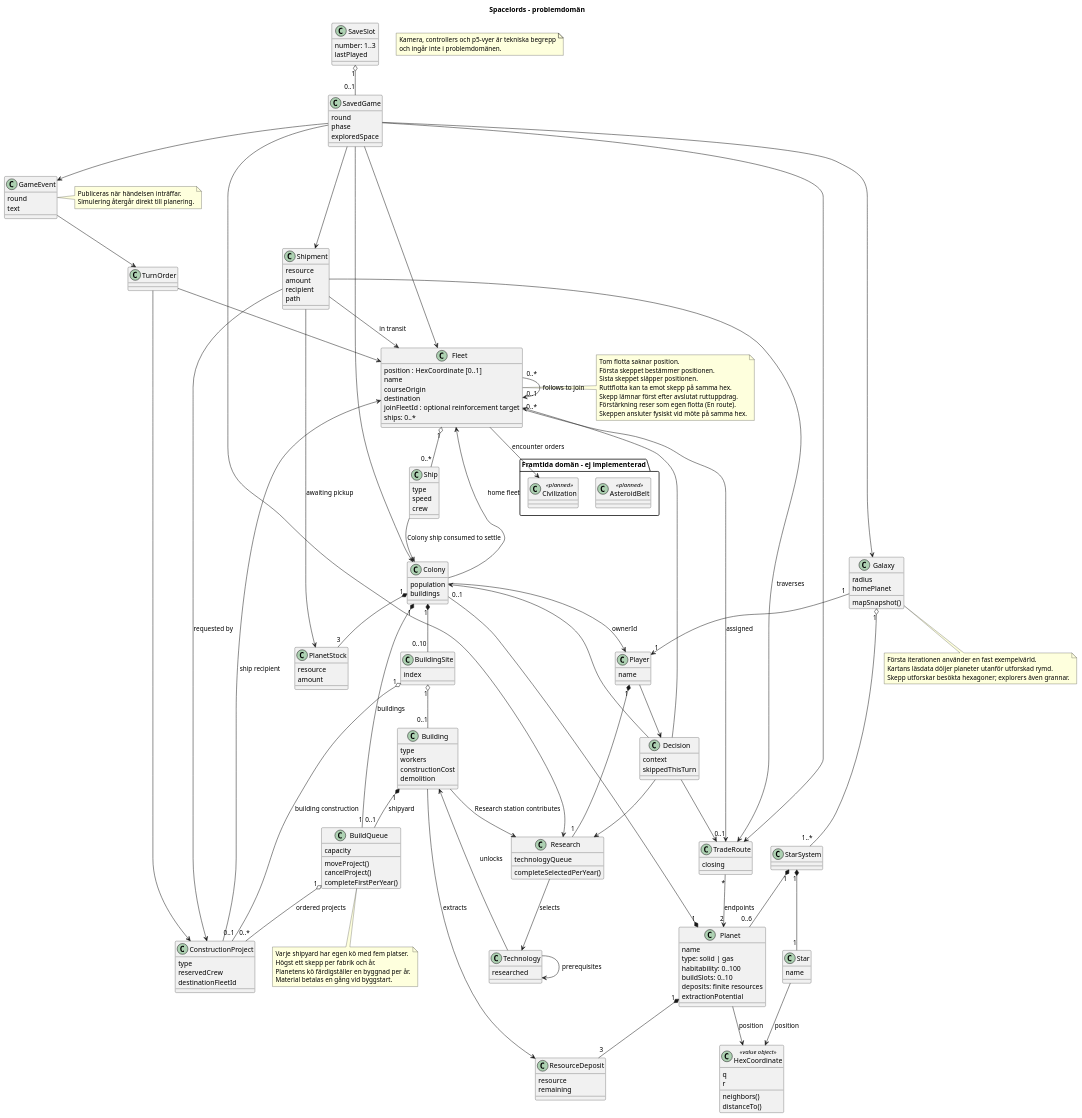
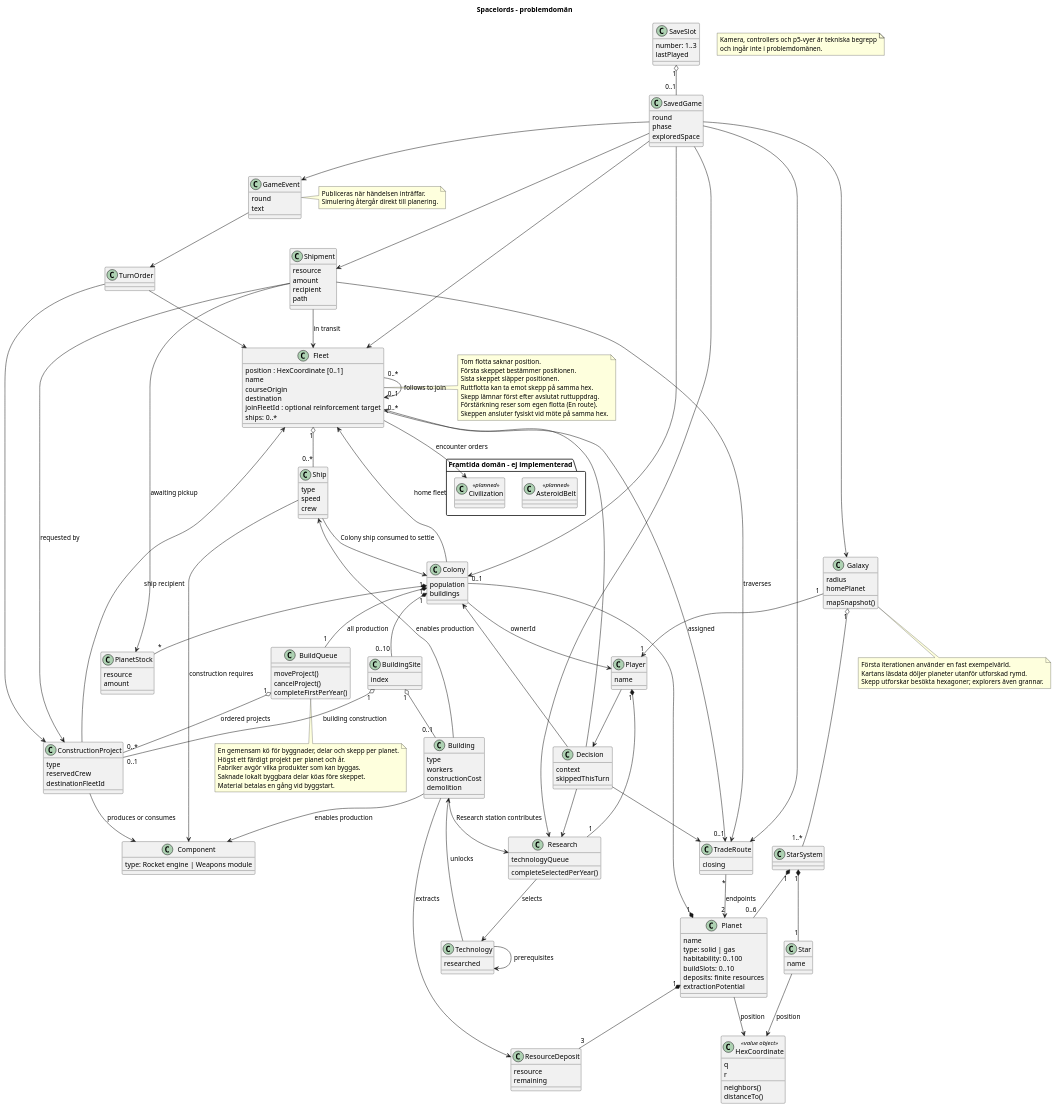
The diagram in docs/domain-model.puml (dntoll/spacelords), drawn with PlantUML before and after one commit. The commit also changed 24 other files, not shown here.

Commit message:
feat: unify planet production and manufacture ship components

```diff
--- a/docs/domain-model.puml
+++ b/docs/domain-model.puml
@@ -60,7 +60,6 @@
   completeSelectedPerYear()
 }
 class BuildQueue {
-  capacity
   moveProject()
   cancelProject()
   completeFirstPerYear()
@@ -69,6 +68,9 @@
   type
   speed
   crew
+}
+class Component {
+  type: Rocket engine | Weapons module
 }
 class Fleet {
   position : HexCoordinate [0..1]
@@ -108,7 +110,10 @@
 Colony "1" *-- "0..10" BuildingSite
 BuildingSite "1" o-- "0..1" Building
 BuildingSite "1" o-- "0..1" ConstructionProject : building construction
-Building "1" *-- "0..1" BuildQueue : shipyard
+Building --> Ship : enables production
+Building --> Component : enables production
+ConstructionProject --> Component : produces or consumes
+Ship --> Component : construction requires
 BuildQueue "1" o-- "0..*" ConstructionProject : ordered projects
 Player "1" *-- "1" Research
 Research --> Technology : selects
@@ -134,9 +139,10 @@
 GameEvent --> TurnOrder
 
 note bottom of BuildQueue
-  Varje shipyard har egen kö med fem platser.
-  Högst ett skepp per fabrik och år.
-  Planetens kö färdigställer en byggnad per år.
+  En gemensam kö för byggnader, delar och skepp per planet.
+  Högst ett färdigt projekt per planet och år.
+  Fabriker avgör vilka produkter som kan byggas.
+  Saknade lokalt byggbara delar köas före skeppet.
   Material betalas en gång vid byggstart.
 end note
 
@@ -162,9 +168,9 @@
   skippedThisTurn
 }
 Planet "1" *-- "3" ResourceDeposit
-Colony "1" *-- "3" PlanetStock
+Colony "1" *-- "*" PlanetStock
 Building --> ResourceDeposit : extracts
-Colony "1" *-- "1" BuildQueue : buildings
+Colony "1" *-- "1" BuildQueue : all production
 TradeRoute "*" --> "2" Planet : endpoints
 TradeRoute "0..1" <-- "0..*" Fleet : assigned
 Shipment --> Fleet : in transit
```
